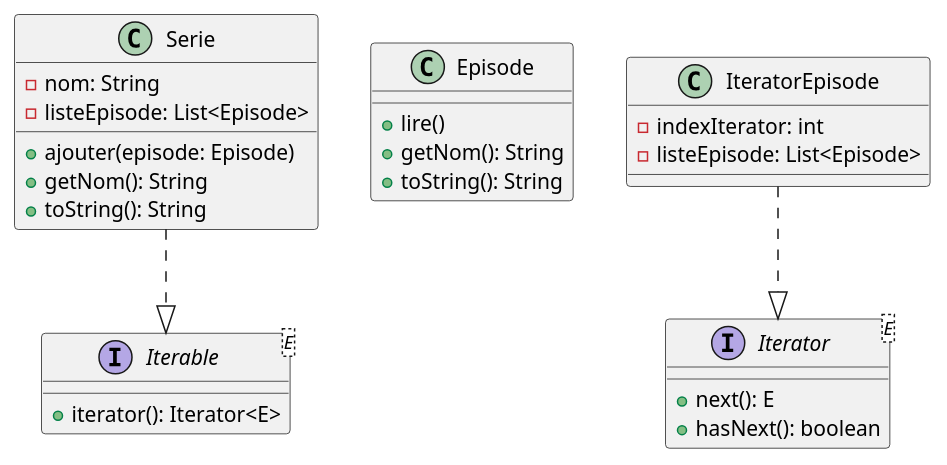
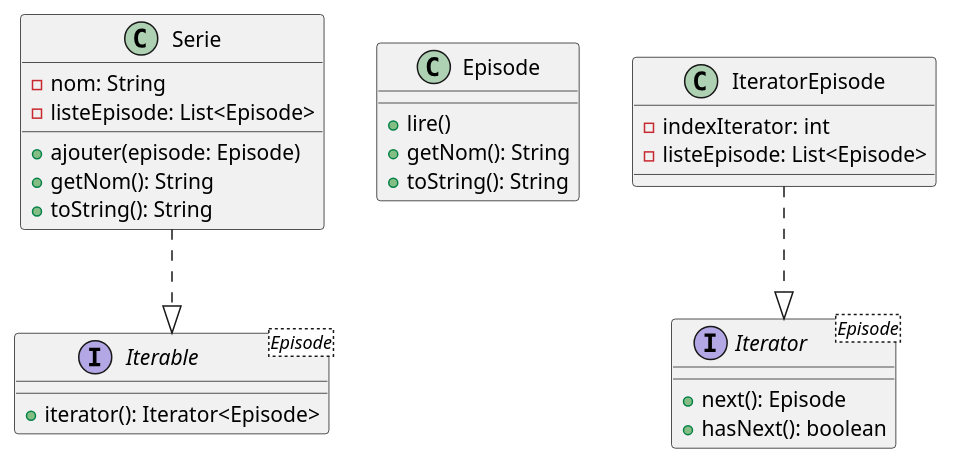
One commit to jandry/design-pattern changed the diagram in src/uml/iterable.puml. Above: the diagram before and after it, drawn with PlantUML. The commit also changed 1 other file, not shown here.

```diff
--- a/src/uml/iterable.puml
+++ b/src/uml/iterable.puml
@@ -1,35 +1,35 @@
 @startuml Iterator
 
 class Serie {
     - nom: String
     - listeEpisode: List<Episode>
     + ajouter(episode: Episode)
     + getNom(): String
     + toString(): String
 }
 
 class Episode {
     + lire()
     + getNom(): String
     + toString(): String
 }
 
 class IteratorEpisode {
     - indexIterator: int
     - listeEpisode: List<Episode>
 }
 
-interface Iterator<E> {
-    + next(): E
+interface Iterator<Episode> {
+    + next(): Episode
     + hasNext(): boolean
 }
 
-interface Iterable<E> {
-    + iterator(): Iterator<E>
+interface Iterable<Episode> {
+    + iterator(): Iterator<Episode>
 }
 
 Serie..|>Iterable
 
 IteratorEpisode..|>Iterator
 
 @enduml
```
